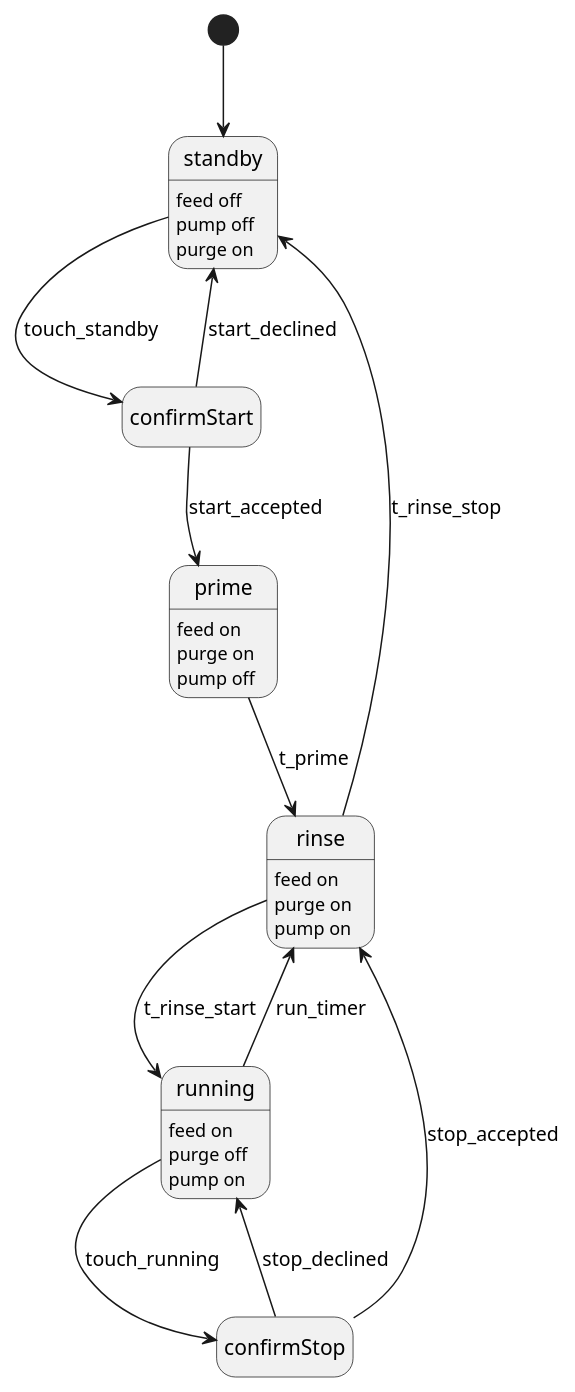
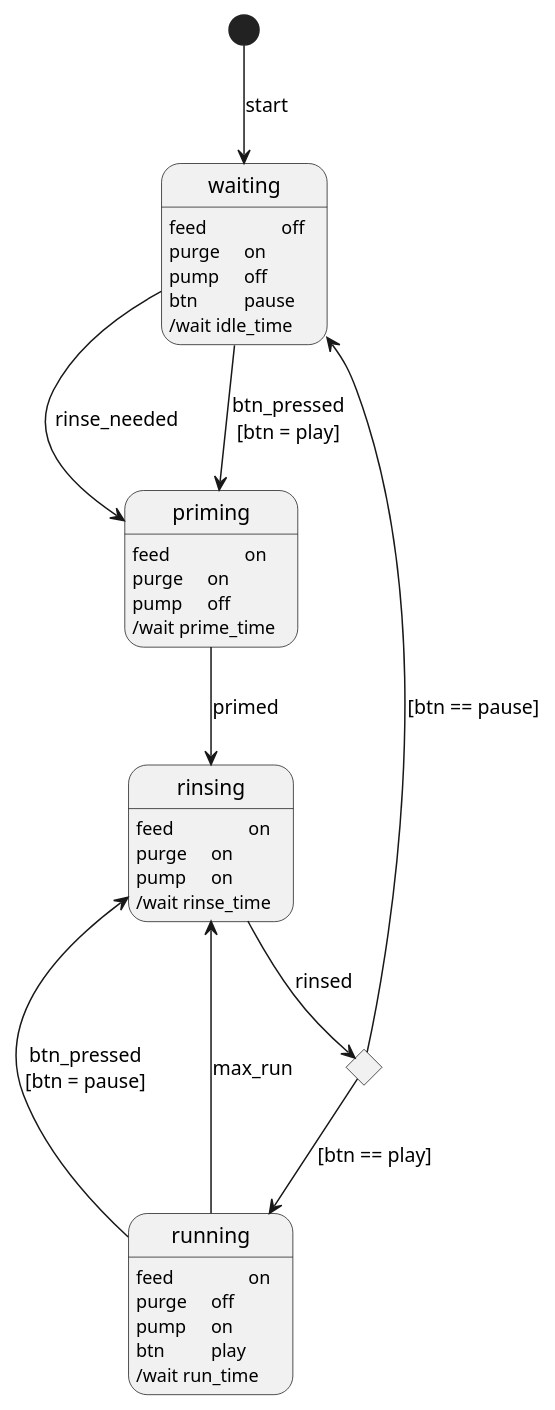
Before and after one commit to rlhatcher/aquarium: the diagram in water/water_state.puml, drawn with PlantUML. The commit also changed 7 other files, not shown here.

```diff
--- a/water/water_state.puml
+++ b/water/water_state.puml
@@ -1,40 +1,45 @@
 @startuml water_state
 hide empty description
 
-state standby {
-  standby: feed off
-  standby: pump off
-  standby: purge on
+state waiting {
+  waiting: feed\t\toff
+  waiting: purge\ton
+  waiting: pump\toff
+  waiting: btn\t\tpause
+  waiting: /wait idle_time
+}
+
+state priming {
+  priming : feed\t\ton
+  priming : purge\ton
+  priming : pump\toff
+  priming : /wait prime_time
+}
+
+state rinsing {
+    rinsing: feed\t\ton
+    rinsing: purge\ton 
+    rinsing: pump\ton
+    rinsing: /wait rinse_time
 }
 
 state running {
-  running : feed on
-  running : purge off
-  running : pump on
+  running: feed\t\ton
+  running: purge\toff
+  running: pump\ton
+  running: btn\t\tplay
+  running: /wait run_time
 }
 
-state prime {
-  prime : feed on
-  prime : purge on
-  prime : pump off
-}
-
-state rinse {
-  rinse : feed on
-  rinse : purge on 
-  rinse : pump on
-}
-
-[*] --> standby
-standby --> confirmStart : touch_standby
-confirmStart --> standby : start_declined
-confirmStart --> prime : start_accepted
-prime --> rinse : t_prime
-rinse --> running : t_rinse_start
-running --> confirmStop : touch_running
-confirmStop --> running : stop_declined
-confirmStop --> rinse : stop_accepted
-rinse --> standby : t_rinse_stop
-running --> rinse : run_timer
+state stopstart <<choice>>
+[*] --> waiting : start
+waiting --> priming : rinse_needed
+waiting --> priming : btn_pressed\n[btn = play]
+priming --> rinsing: primed
+rinsing --> stopstart: rinsed
+stopstart --> running : [btn == play]
+running --> rinsing: btn_pressed\n[btn = pause]
+stopstart--> waiting : [btn == pause]
+running --> rinsing: max_run
 
 @enduml
```
